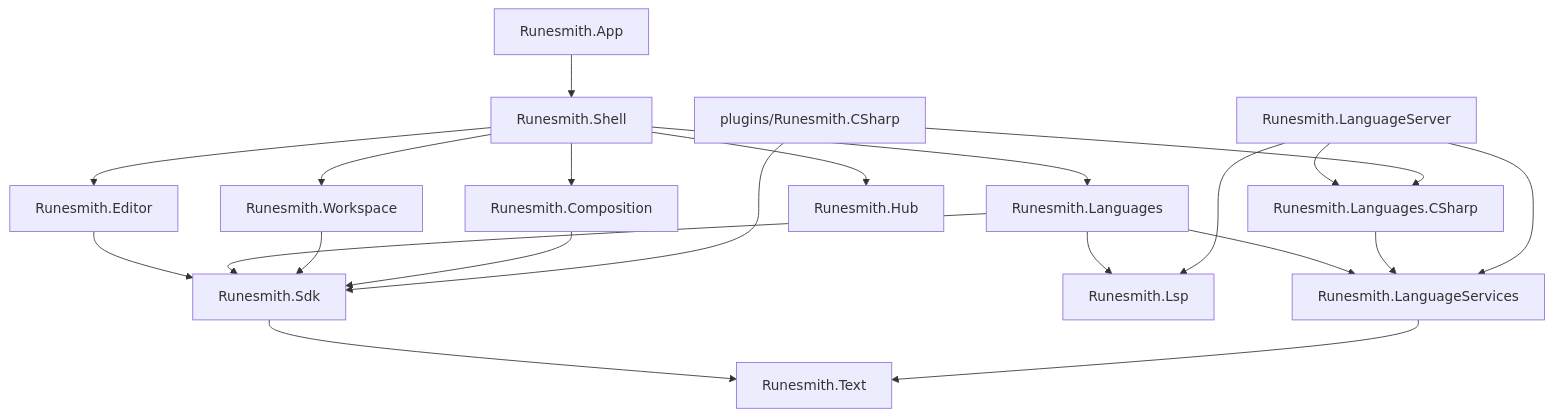
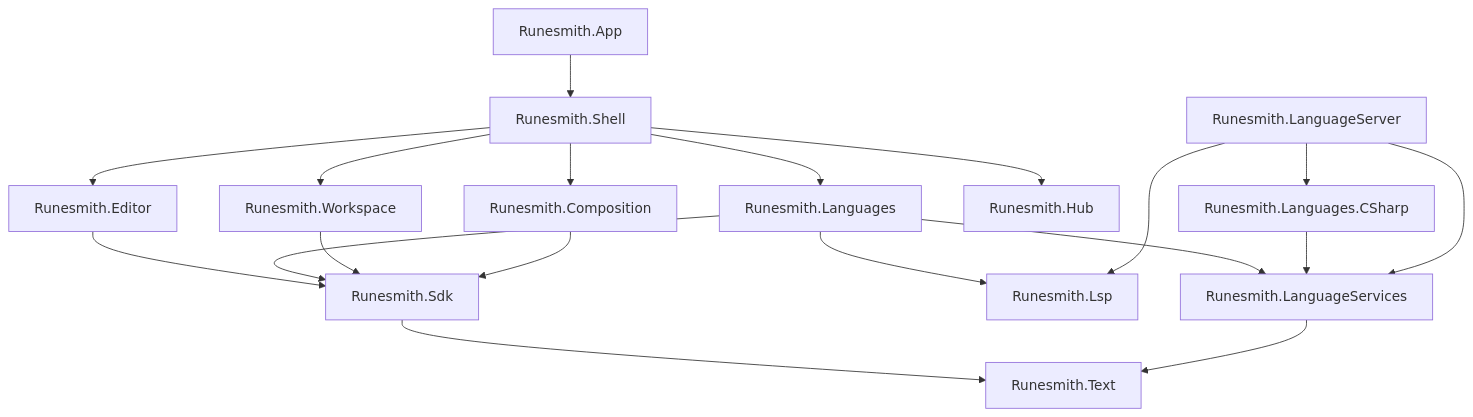
Before and after one commit to RunesmithHub/Runesmith: the diagram in website/content/developers/architecture.mdx, drawn with Mermaid. The commit also changed other lines of this file and 27 other files, not shown here.

````diff
--- a/website/content/developers/architecture.mdx
+++ b/website/content/developers/architecture.mdx
@@ -12,23 +12,21 @@
 ```mermaid
 graph TD
   App[Runesmith.App] --> Shell[Runesmith.Shell]
   Shell --> Editor[Runesmith.Editor]
   Shell --> Languages[Runesmith.Languages]
   Shell --> Workspace[Runesmith.Workspace]
   Shell --> Composition[Runesmith.Composition]
   Shell --> Hub[Runesmith.Hub]
   Editor --> Sdk[Runesmith.Sdk]
   Languages --> Sdk
   Languages --> Lsp[Runesmith.Lsp]
   Languages --> Services[Runesmith.LanguageServices]
   Workspace --> Sdk
   Composition --> Sdk
   Sdk --> Text[Runesmith.Text]
   Services --> Text
   CSharpAnalyzer[Runesmith.Languages.CSharp] --> Services
   Server[Runesmith.LanguageServer] --> Services
   Server --> Lsp
   Server --> CSharpAnalyzer
-  CSharp[plugins/Runesmith.CSharp] --> Sdk
-  CSharp --> CSharpAnalyzer
 ```
````
